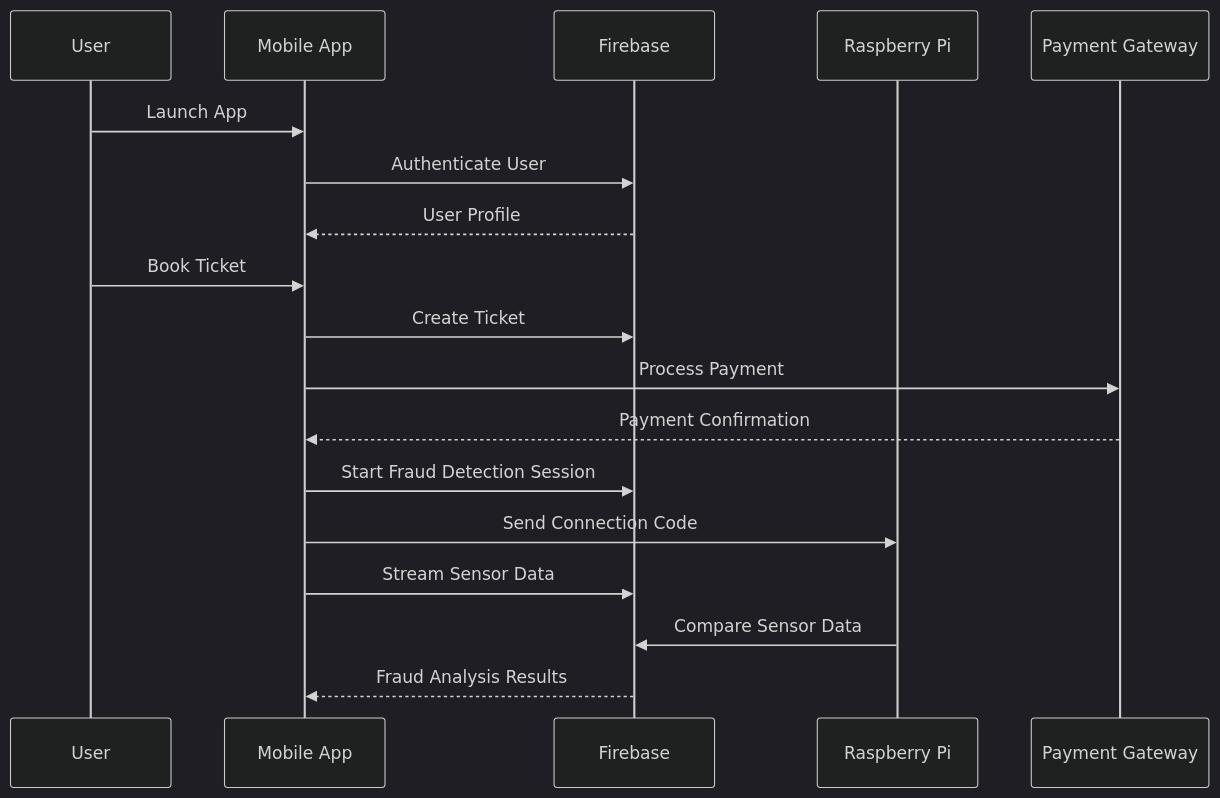
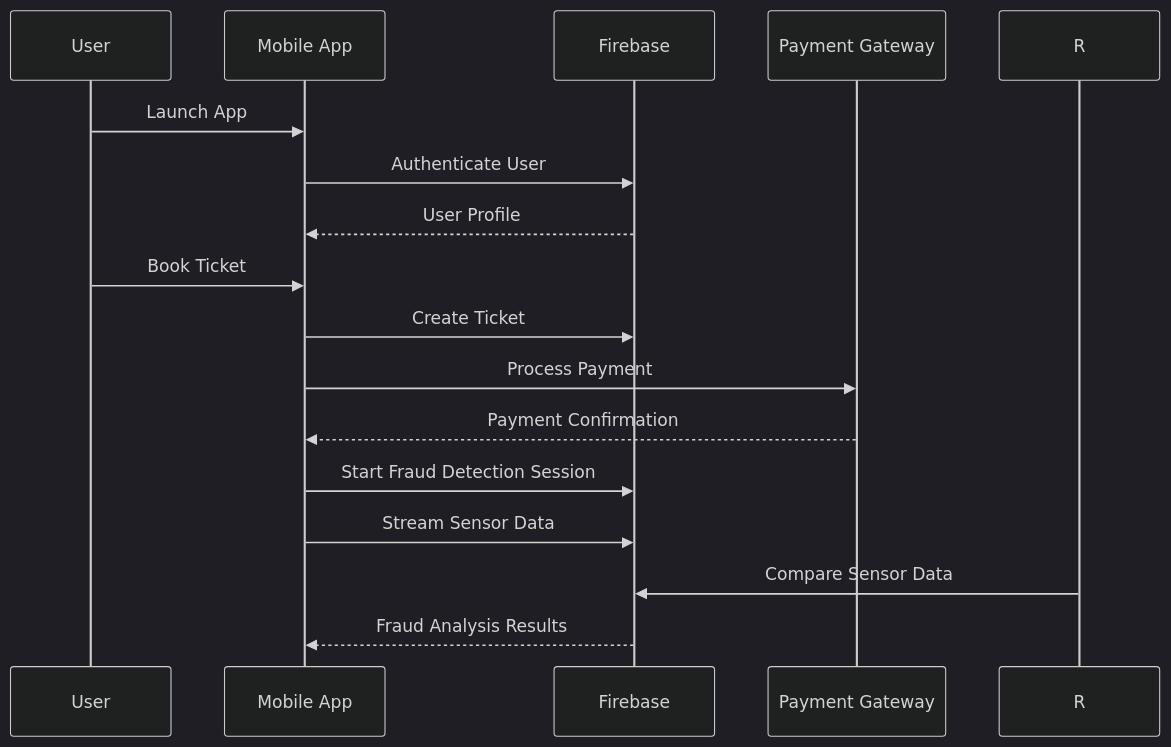
The sixth of 11 diagrams in README.md (TharunBabu-05/smart_ticket_MTC), drawn with Mermaid (dark theme) before and after one commit. The commit also changed other lines of this file, not shown here.

````diff
--- a/README.md
+++ b/README.md
@@ -653,24 +651,22 @@
 ```mermaid
 sequenceDiagram
     participant U as User
     participant A as Mobile App
     participant F as Firebase
-    participant R as Raspberry Pi
     participant P as Payment Gateway
     
     U->>A: Launch App
     A->>F: Authenticate User
     F-->>A: User Profile
     
     U->>A: Book Ticket
     A->>F: Create Ticket
     A->>P: Process Payment
     P-->>A: Payment Confirmation
     
     A->>F: Start Fraud Detection Session
-    A->>R: Send Connection Code
     A->>F: Stream Sensor Data
     R->>F: Compare Sensor Data
     
     F-->>A: Fraud Analysis Results
 ```
````
